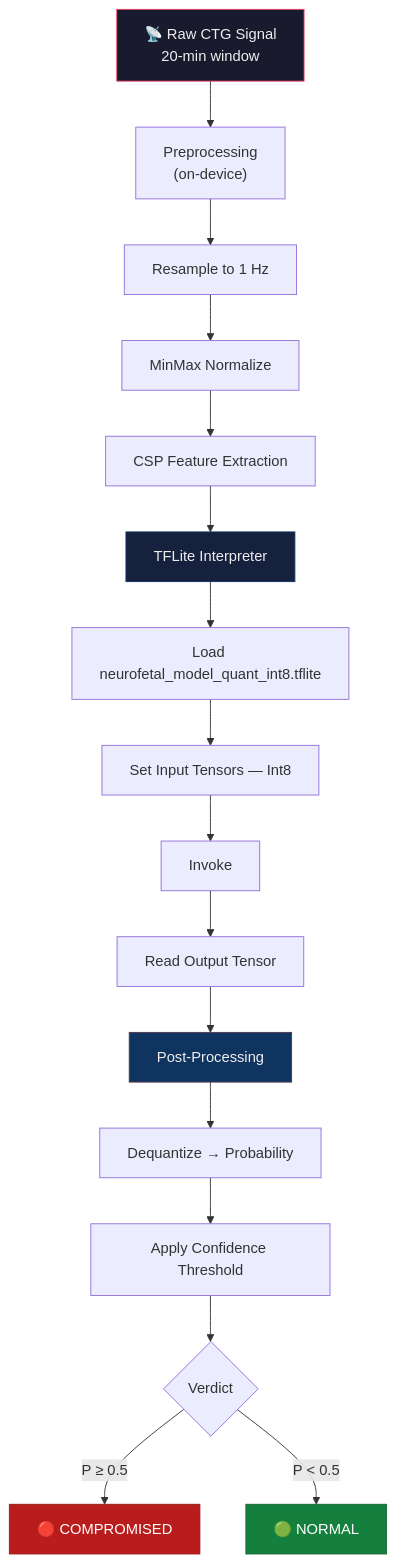
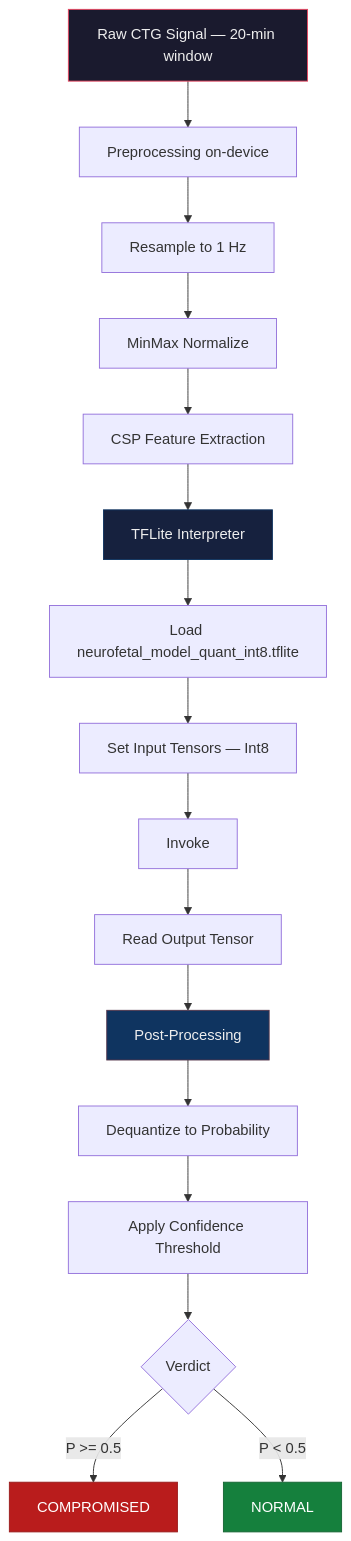
One commit to Krishna200608/NeuroFetal-AI changed the third of 4 diagrams in Reports/explain.md. Above: the diagram before and after it, drawn with Mermaid. The commit also changed other lines of this file, not shown here.

````diff
--- a/Reports/explain.md
+++ b/Reports/explain.md
@@ -422,24 +423,24 @@
 ```mermaid
 flowchart TD
-    A["📡 Raw CTG Signal\n20-min window"] --> B["Preprocessing\n(on-device)"]
+    A["Raw CTG Signal — 20-min window"] --> B["Preprocessing on-device"]
     B --> B1["Resample to 1 Hz"]
     B1 --> B2["MinMax Normalize"]
     B2 --> B3["CSP Feature Extraction"]
     B3 --> C["TFLite Interpreter"]
     C --> C1["Load neurofetal_model_quant_int8.tflite"]
     C1 --> C2["Set Input Tensors — Int8"]
     C2 --> C3["Invoke"]
     C3 --> C4["Read Output Tensor"]
     C4 --> D["Post-Processing"]
-    D --> D1["Dequantize → Probability"]
+    D --> D1["Dequantize to Probability"]
     D1 --> D2["Apply Confidence Threshold"]
     D2 --> E{"Verdict"}
-    E -->|"P ≥ 0.5"| F["🔴 COMPROMISED"]
-    E -->|"P < 0.5"| G["🟢 NORMAL"]
+    E -->|"P >= 0.5"| F["COMPROMISED"]
+    E -->|"P < 0.5"| G["NORMAL"]
 
     style A fill:#1a1a2e,stroke:#e94560,color:#eee
     style C fill:#16213e,stroke:#0f3460,color:#eee
     style D fill:#0f3460,stroke:#53354a,color:#eee
     style F fill:#b91c1c,stroke:#991b1b,color:#fff
     style G fill:#15803d,stroke:#166534,color:#fff
 ```
````
